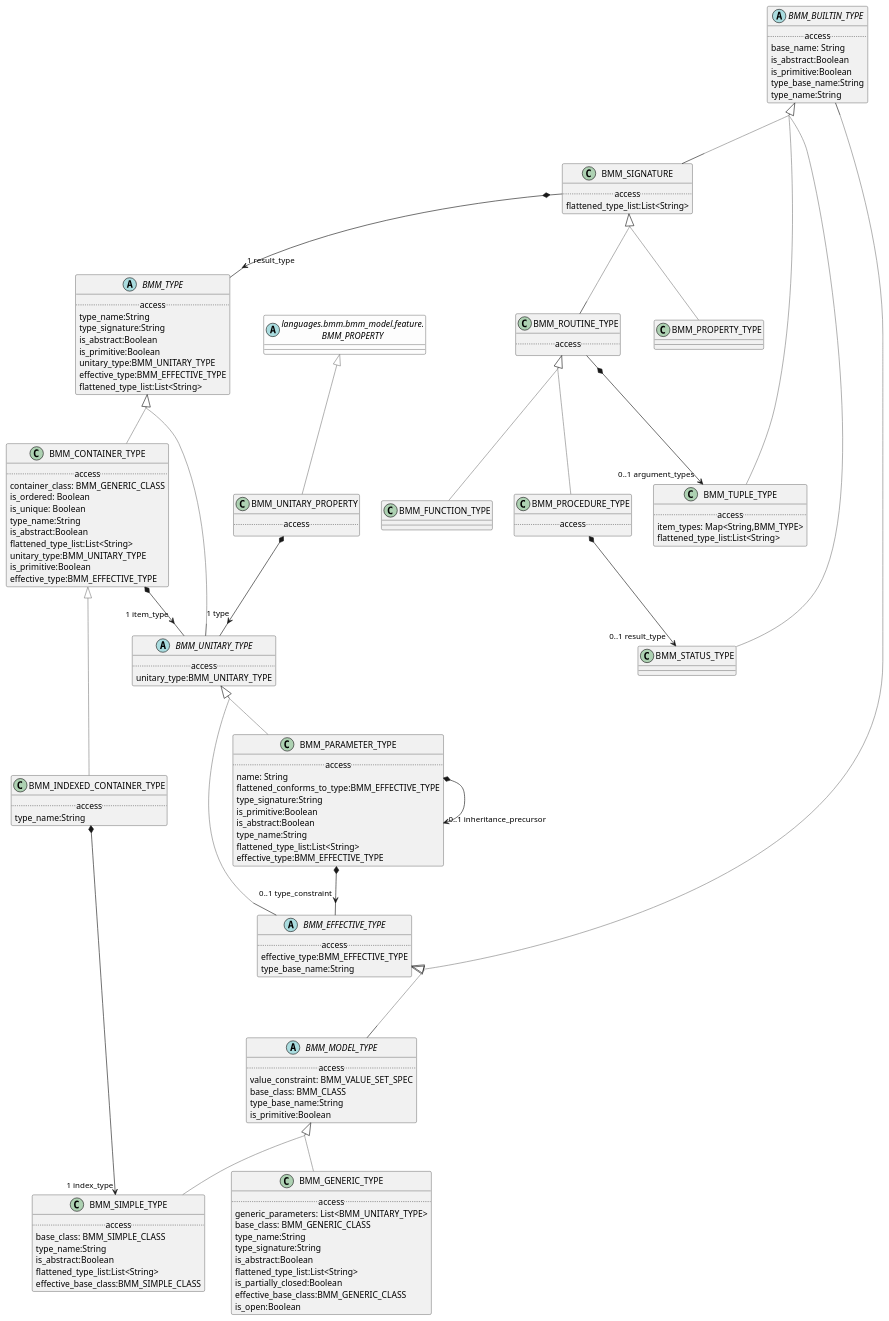
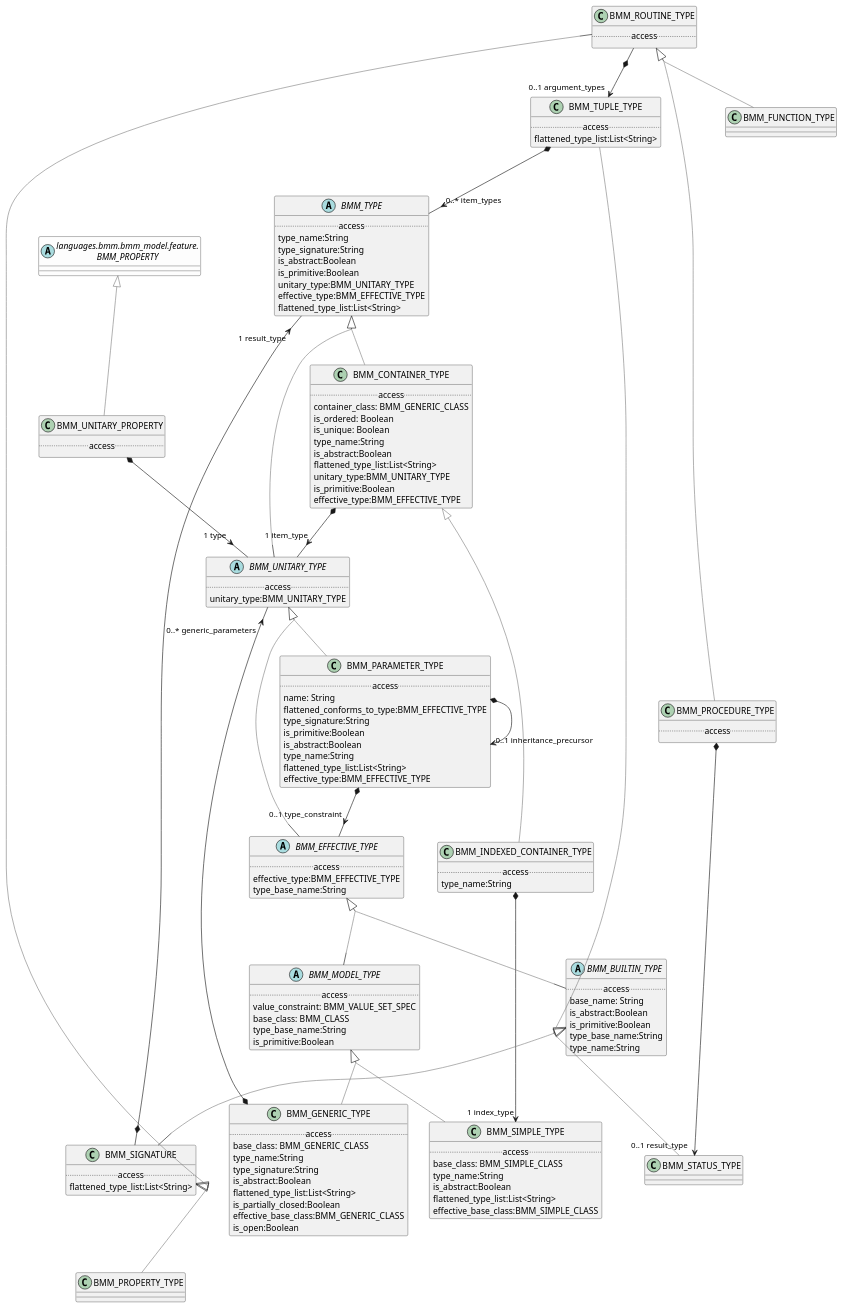
The diagram in modules/ROOT/examples/bmm/languages/bmm/bmm_model/type/type-package-uml.adoc (wolandscat/openehr-doc), drawn with PlantUML before and after one commit. The commit also changed 26 other files, not shown here.

```diff
--- a/modules/ROOT/examples/bmm/languages/bmm/bmm_model/type/type-package-uml.adoc
+++ b/modules/ROOT/examples/bmm/languages/bmm/bmm_model/type/type-package-uml.adoc
@@ -27,12 +27,13 @@
 
 class BMM_TUPLE_TYPE [[/openehr-doc/latest/languages/bmm-gen.html#_class_bmm_tuple_type]] {
         .. access ..
-        item_types: Map<String,BMM_TYPE>
         flattened_type_list:List<String>
 }
 
 BMM_TUPLE_TYPE -[#gray]up-|> BMM_BUILTIN_TYPE  
 
+
+BMM_TUPLE_TYPE *--> "0..* item_types" BMM_TYPE
 
 class BMM_STATUS_TYPE [[/openehr-doc/latest/languages/bmm-gen.html#_class_bmm_status_type]] {
 }
@@ -148,7 +149,6 @@
 
 class BMM_GENERIC_TYPE [[/openehr-doc/latest/languages/bmm-gen.html#_class_bmm_generic_type]] {
         .. access ..
-        generic_parameters: List<BMM_UNITARY_TYPE>
         base_class: BMM_GENERIC_CLASS
         type_name:String
         type_signature:String
@@ -161,6 +161,8 @@
 
 BMM_GENERIC_TYPE -[#gray]up-|> BMM_MODEL_TYPE  
 
+
+BMM_GENERIC_TYPE *--> "0..* generic_parameters" BMM_UNITARY_TYPE
 
 abstract class BMM_UNITARY_TYPE [[/openehr-doc/latest/languages/bmm-gen.html#_class_bmm_unitary_type]] {
         .. access ..
```
